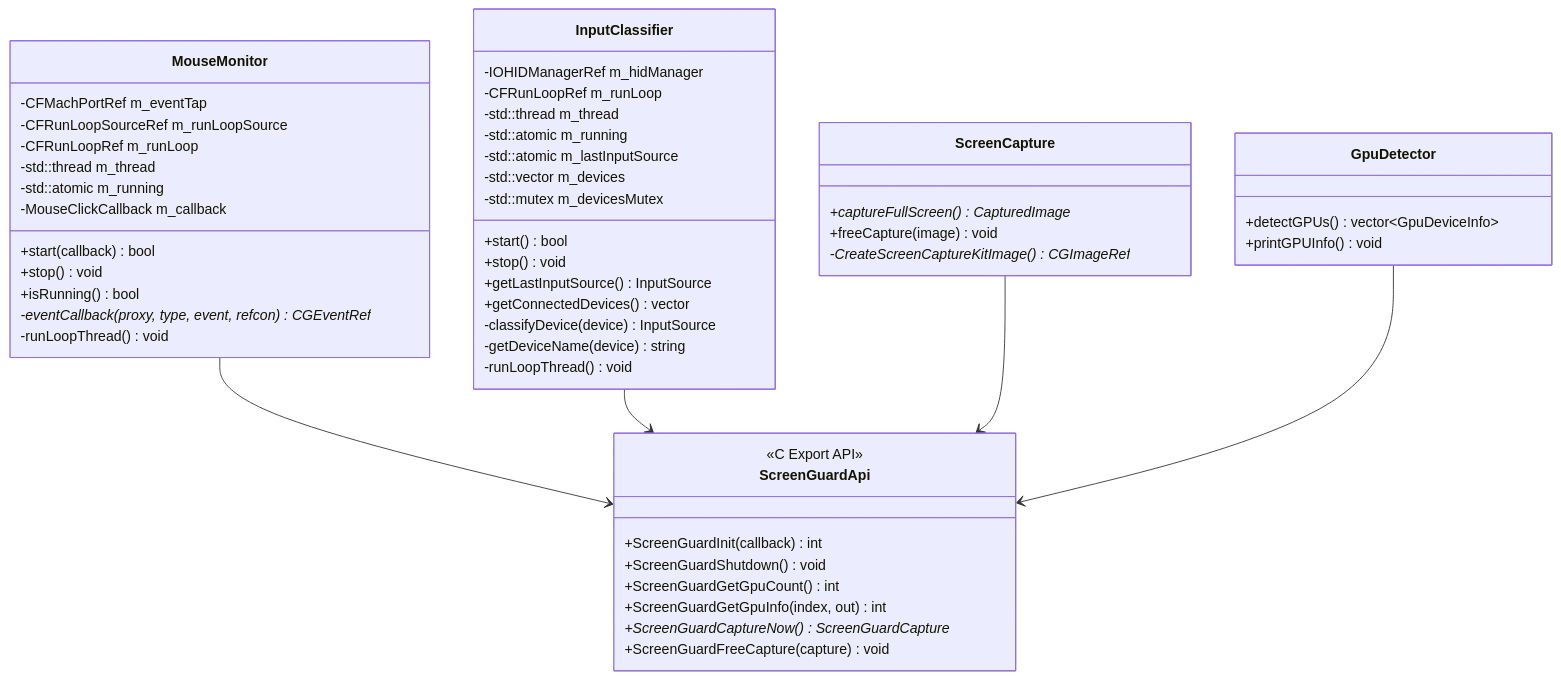
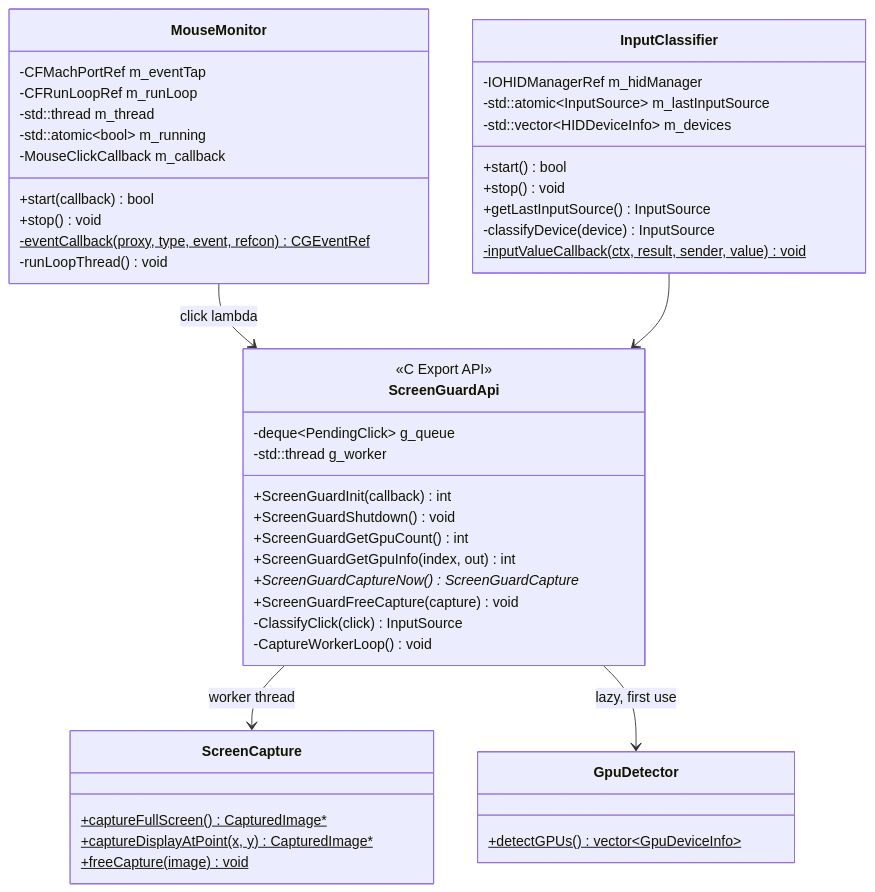
One commit to Deeps72-ux/screenguard-pii-masker changed the first of 2 diagrams in docs/LLD.md. Above: the diagram before and after it, drawn with Mermaid. The commit also changed other lines of this file and 32 other files, not shown here.

````diff
--- a/docs/LLD.md
+++ b/docs/LLD.md
@@ -6,59 +6,54 @@
 ```mermaid
 classDiagram
     class MouseMonitor {
         -CFMachPortRef m_eventTap
-        -CFRunLoopSourceRef m_runLoopSource
         -CFRunLoopRef m_runLoop
         -std::thread m_thread
-        -std::atomic<bool> m_running
+        -std::atomic~bool~ m_running
         -MouseClickCallback m_callback
         +start(callback) bool
         +stop() void
-        +isRunning() bool
-        -eventCallback(proxy, type, event, refcon)* CGEventRef
+        -eventCallback(proxy, type, event, refcon)$ CGEventRef
         -runLoopThread() void
     }
 
     class InputClassifier {
         -IOHIDManagerRef m_hidManager
-        -CFRunLoopRef m_runLoop
-        -std::thread m_thread
-        -std::atomic<bool> m_running
-        -std::atomic<InputSource> m_lastInputSource
-        -std::vector<HIDDeviceInfo> m_devices
-        -std::mutex m_devicesMutex
+        -std::atomic~InputSource~ m_lastInputSource
+        -std::vector~HIDDeviceInfo~ m_devices
         +start() bool
         +stop() void
         +getLastInputSource() InputSource
-        +getConnectedDevices() vector
         -classifyDevice(device) InputSource
-        -getDeviceName(device) string
-        -runLoopThread() void
+        -inputValueCallback(ctx, result, sender, value)$ void
     }
 
     class ScreenCapture {
-        +captureFullScreen() CapturedImage*
-        +freeCapture(image) void
-        -CreateScreenCaptureKitImage()* CGImageRef
+        +captureFullScreen()$ CapturedImage*
+        +captureDisplayAtPoint(x, y)$ CapturedImage*
+        +freeCapture(image)$ void
     }
 
     class GpuDetector {
-        +detectGPUs() vector~GpuDeviceInfo~
-        +printGPUInfo() void
+        +detectGPUs()$ vector~GpuDeviceInfo~
     }
 
     class ScreenGuardApi {
         <<C Export API>>
+        -deque~PendingClick~ g_queue
+        -std::thread g_worker
         +ScreenGuardInit(callback) int
         +ScreenGuardShutdown() void
         +ScreenGuardGetGpuCount() int
         +ScreenGuardGetGpuInfo(index, out) int
         +ScreenGuardCaptureNow() ScreenGuardCapture*
         +ScreenGuardFreeCapture(capture) void
+        -ClassifyClick(click) InputSource
+        -CaptureWorkerLoop() void
     }
 
-    MouseMonitor --> ScreenGuardApi
+    MouseMonitor --> ScreenGuardApi : click lambda
     InputClassifier --> ScreenGuardApi
-    ScreenCapture --> ScreenGuardApi
-    GpuDetector --> ScreenGuardApi
+    ScreenGuardApi --> ScreenCapture : worker thread
+    ScreenGuardApi --> GpuDetector : lazy, first use
 ```
````
